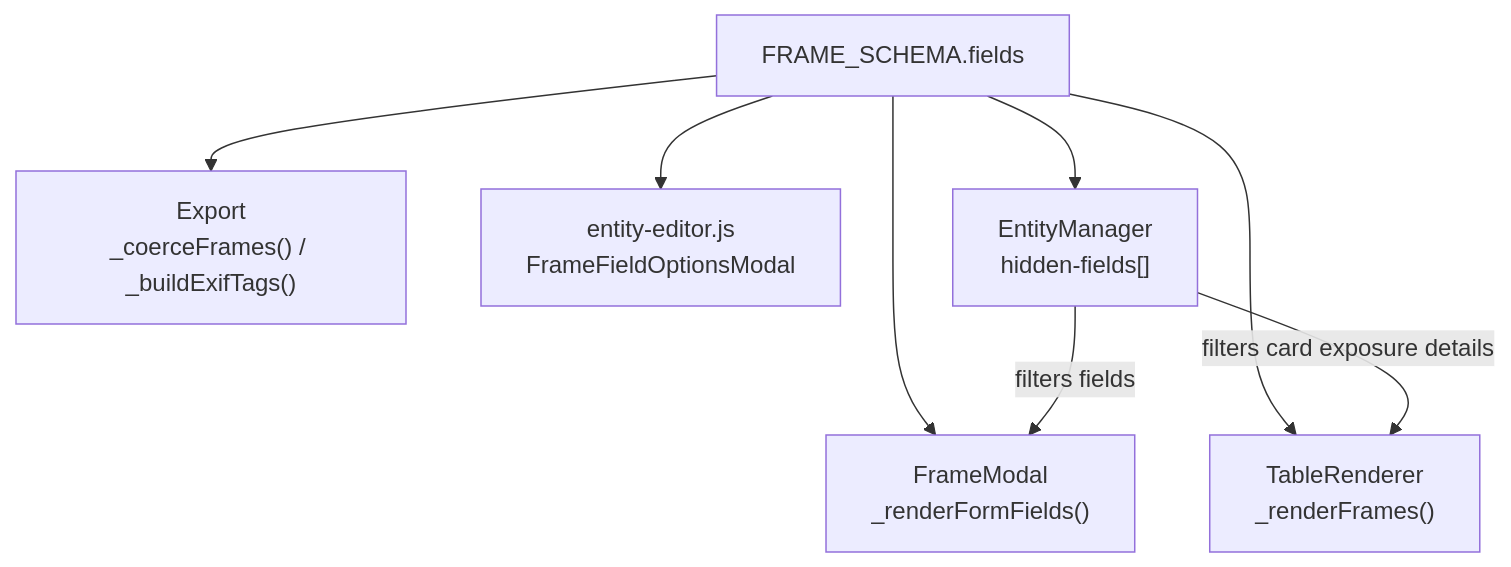
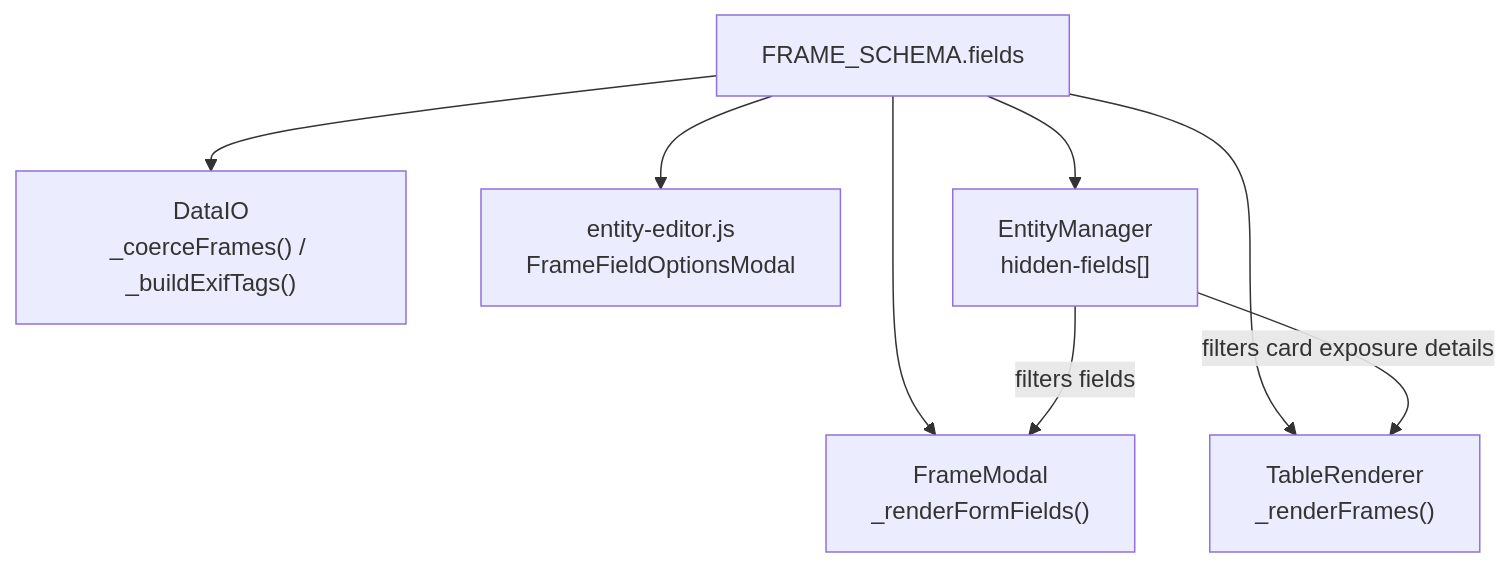
Before and after one commit to caksoylar/rolleirecord: the fifth of 5 diagrams in architecture.md, drawn with Mermaid. The commit also changed other lines of this file and 9 other files, not shown here.

Commit message:
refactor: rename export.js to data-io.js, export-page.js to export.js

````diff
--- a/architecture.md
+++ b/architecture.md
@@ -509,18 +510,18 @@
 ```mermaid
 flowchart TD
     schema["FRAME_SCHEMA.fields"]
     form["FrameModal\n_renderFormFields()"]
     table["TableRenderer\n_renderFrames()"]
-    export_["Export\n_coerceFrames() / _buildExifTags()"]
+    data_io["DataIO\n_coerceFrames() / _buildExifTags()"]
     options["entity-editor.js\nFrameFieldOptionsModal"]
     hidden["EntityManager\nhidden-fields[]"]
 
     schema --> form
     schema --> table
-    schema --> export_
+    schema --> data_io
     schema --> options
     schema --> hidden
 
     hidden -->|"filters fields"| form
     hidden -->|"filters card exposure details"| table
 ```
````
